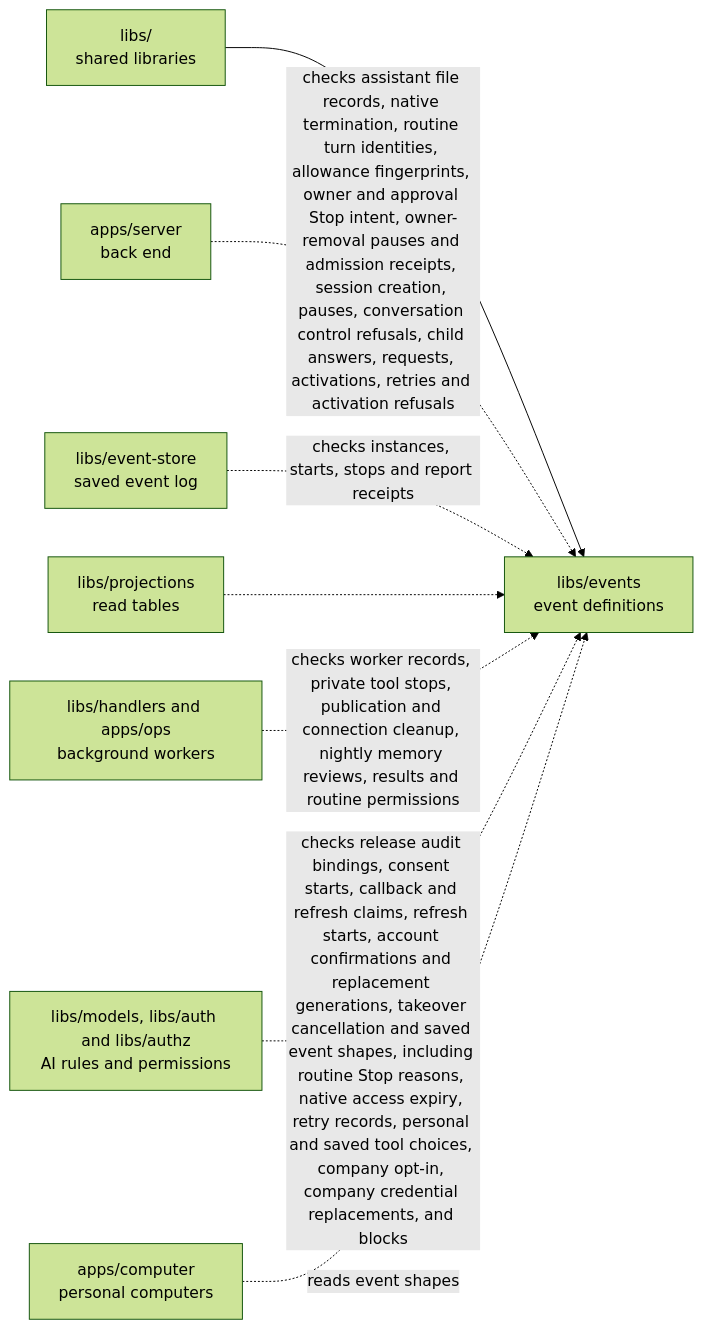
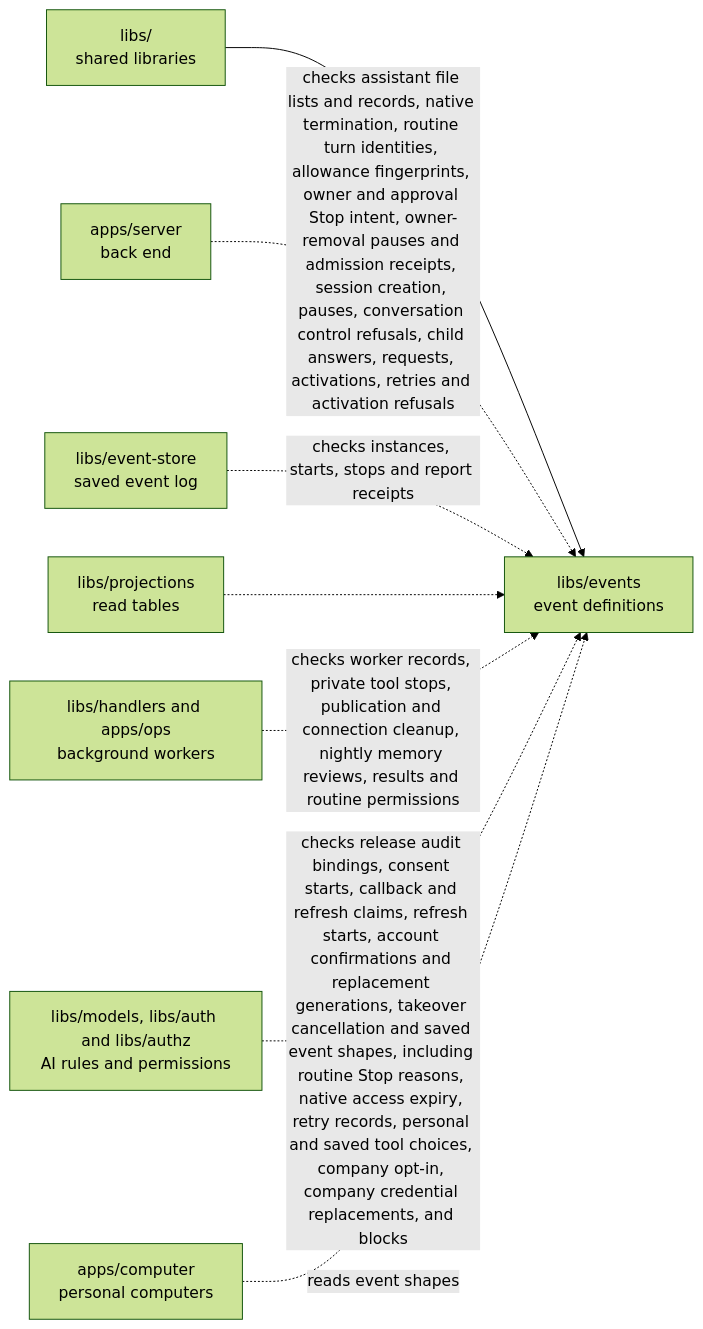
Before and after one commit to elewa-git/opencrane-new: the diagram in libs/events/README.md, drawn with Mermaid (forest theme). The commit also changed other lines of this file and 18 other files, not shown here.

````diff
--- a/libs/events/README.md
+++ b/libs/events/README.md
@@ -43,10 +46,10 @@
 ```mermaid
 flowchart LR
   parent["libs/<br/>shared libraries"] --> events["libs/events<br/>event definitions"]
-  server["apps/server<br/>back end"] -.->|checks assistant file records, native termination, routine turn identities, allowance fingerprints, owner and approval Stop intent, owner-removal pauses and admission receipts, session creation, pauses, conversation control refusals, child answers, requests, activations, retries and activation refusals| events
+  server["apps/server<br/>back end"] -.->|checks assistant file lists and records, native termination, routine turn identities, allowance fingerprints, owner and approval Stop intent, owner-removal pauses and admission receipts, session creation, pauses, conversation control refusals, child answers, requests, activations, retries and activation refusals| events
   store["libs/event-store<br/>saved event log"] -.->|checks instances, starts, stops and report receipts| events
   projections["libs/projections<br/>read tables"] -.-> events
   workers["libs/handlers and apps/ops<br/>background workers"] -.->|checks worker records, private tool stops, publication and connection cleanup, nightly memory reviews, results and routine permissions| events
   models["libs/models, libs/auth and libs/authz<br/>AI rules and permissions"] -.->|checks release audit bindings, consent starts, callback and refresh claims, refresh starts, account confirmations and replacement generations, takeover cancellation and saved event shapes, including routine Stop reasons, native access expiry, retry records, personal and saved tool choices, company opt-in, company credential replacements, and blocks| events
   computer["apps/computer<br/>personal computers"] -.->|reads event shapes| events
 ```
````
